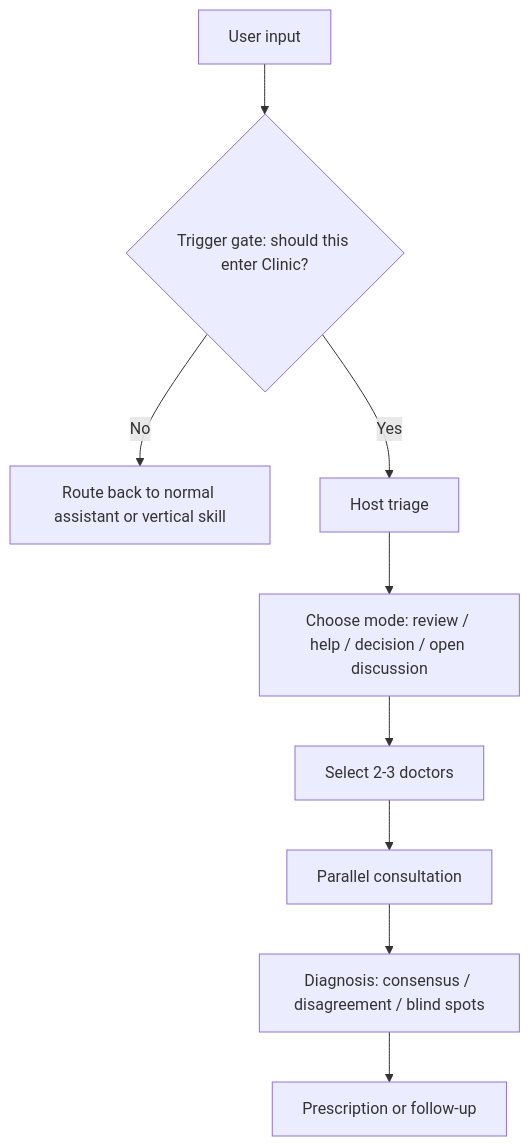
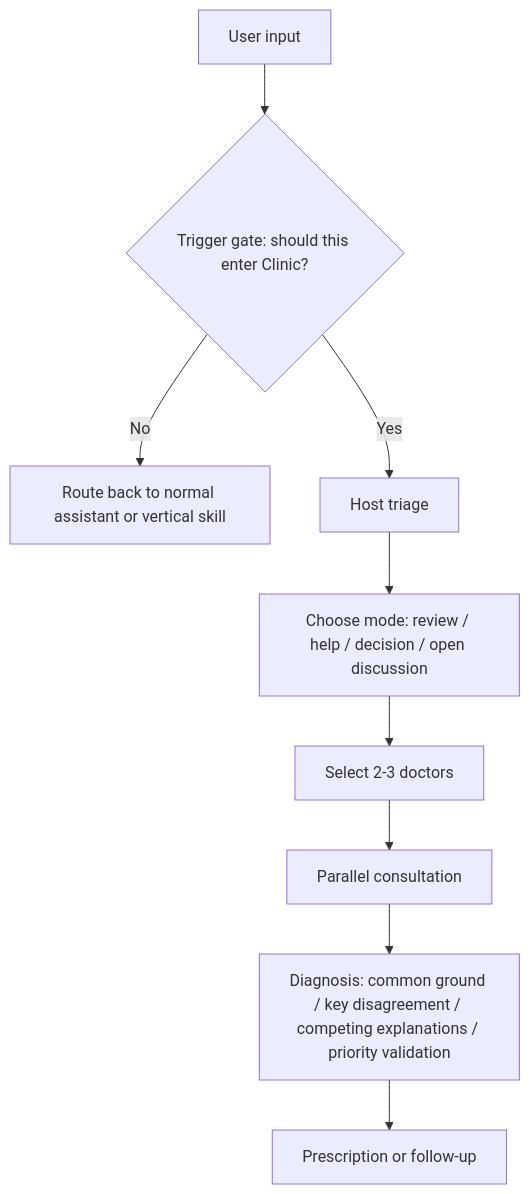
Before and after one commit to zexuanw958-svg/clinic-skill: the second of 2 diagrams in README.md, drawn with Mermaid. The commit also changed other lines of this file and 1 other file, not shown here.

````diff
--- a/README.md
+++ b/README.md
@@ -437,11 +461,11 @@
 ```mermaid
 flowchart TD
     A[User input] --> B{Trigger gate: should this enter Clinic?}
     B -- No --> C[Route back to normal assistant or vertical skill]
     B -- Yes --> D[Host triage]
     D --> E[Choose mode: review / help / decision / open discussion]
     E --> F[Select 2-3 doctors]
     F --> G[Parallel consultation]
-    G --> H[Diagnosis: consensus / disagreement / blind spots]
+    G --> H[Diagnosis: common ground / key disagreement / competing explanations / priority validation]
     H --> I[Prescription or follow-up]
 ```
````
